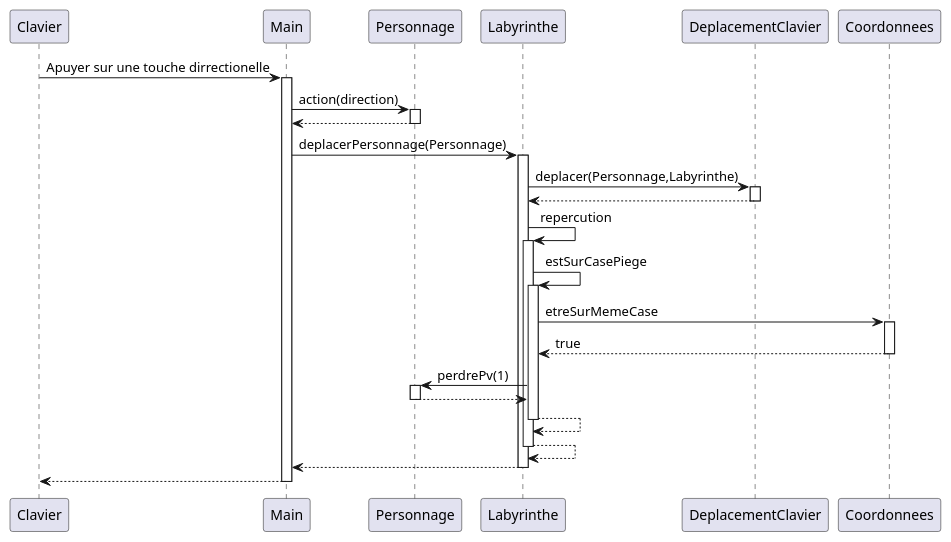
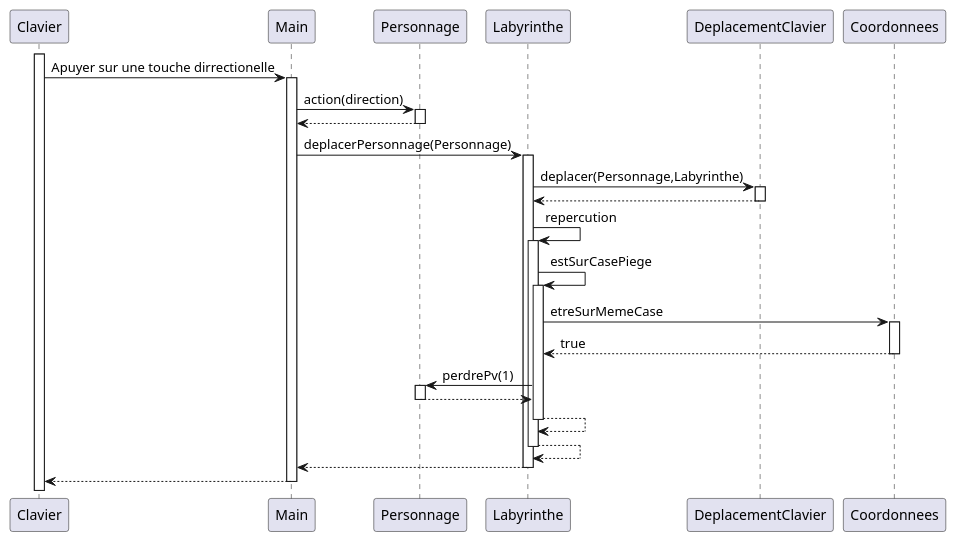
One commit to LukaSalvo/SAE2024 changed the diagram in zeldiablo/documents/version_4/DeplacementSurCasePiegeTrue.puml. Above: the diagram before and after it, drawn with PlantUML. The commit also changed 3 other files, not shown here.

Commit message:
Correction diagramme

```diff
--- a/zeldiablo/documents/version_4/DeplacementSurCasePiegeTrue.puml
+++ b/zeldiablo/documents/version_4/DeplacementSurCasePiegeTrue.puml
@@ -1,36 +1,37 @@
 @startuml
 participant Clavier
+activate Clavier
 Clavier -> Main : Apuyer sur une touche dirrectionelle
 activate Main
 Main -> Personnage : action(direction)
 activate Personnage
 Personnage --> Main
 deactivate Personnage
 Main -> Labyrinthe : deplacerPersonnage(Personnage)
 activate Labyrinthe
 Labyrinthe -> DeplacementClavier : deplacer(Personnage,Labyrinthe)
 activate DeplacementClavier
 DeplacementClavier --> Labyrinthe
 deactivate DeplacementClavier
 Labyrinthe -> Labyrinthe : repercution
 activate Labyrinthe
 Labyrinthe -> Labyrinthe : estSurCasePiege
 activate Labyrinthe
 Labyrinthe -> Coordonnees : etreSurMemeCase
 activate Coordonnees
 Coordonnees --> Labyrinthe : true
 deactivate Coordonnees
 Labyrinthe -> Personnage : perdrePv(1)
 activate Personnage
 Personnage --> Labyrinthe
 deactivate Personnage
 Labyrinthe --> Labyrinthe
 deactivate Labyrinthe
 
 
 Labyrinthe --> Labyrinthe
 deactivate Labyrinthe
 Labyrinthe --> Main
 deactivate Labyrinthe
 return
 @enduml
```
